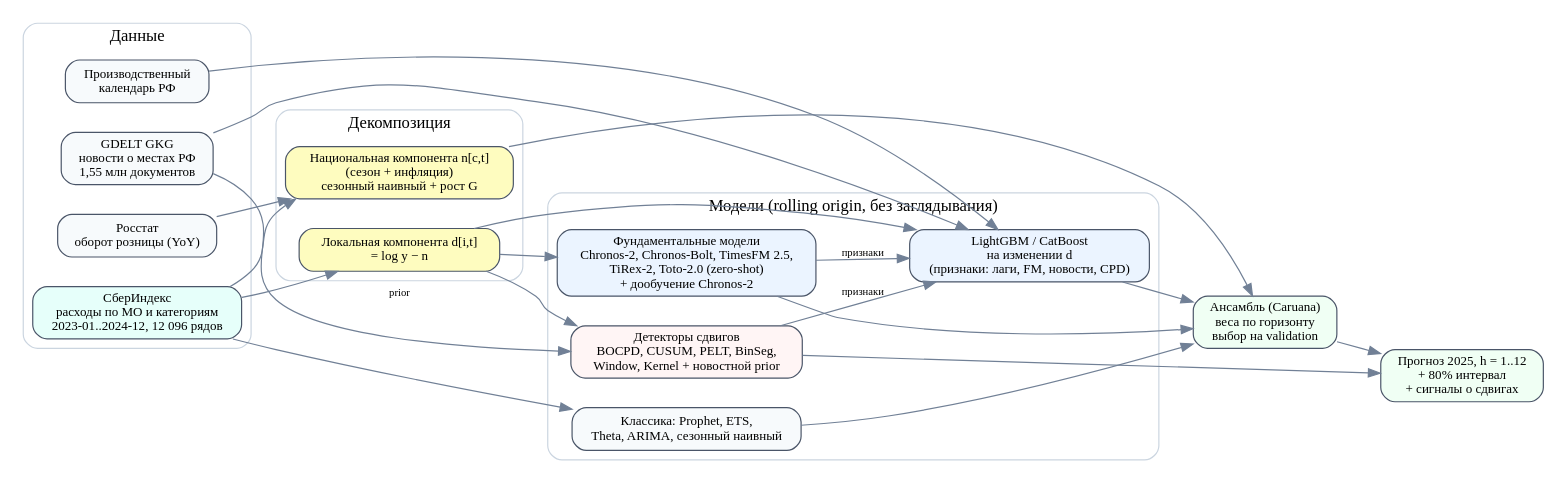
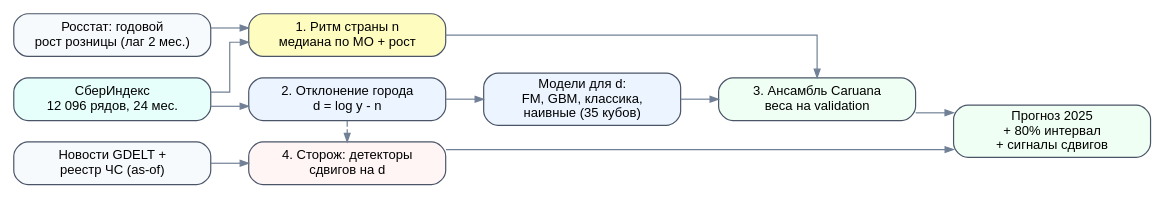
Before and after one commit to maloyan/sberindex-2026-forecasting: the diagram in report/architecture.dot, drawn with Graphviz. The commit also changed 5 other files, not shown here.

Commit message:
Report restructured by criteria; form in 7 blocks; README with honest significance and criteria map; new architecture figure

```diff
--- a/report/architecture.dot
+++ b/report/architecture.dot
@@ -1,29 +1,24 @@
+// Left to right, one column per stage, no crossing edges. Render: dot -Tpng -Gdpi=170 architecture.dot -o figures/fig_architecture.png
 digraph G {
-  rankdir=LR; splines=true; nodesep=0.35; ranksep=0.5;
-  node [shape=box, style="rounded,filled", fontname="PT Sans", fontsize=11, color="#4a5568", fillcolor="#f7fafc"];
-  edge [color="#718096", fontname="PT Sans", fontsize=9];
+  rankdir=LR; splines=ortho; nodesep=0.25; ranksep=0.45; newrank=true;
+  node [shape=box, style="rounded,filled", fontname="Arial", fontsize=11, color="#4a5568", fillcolor="#f7fafc", width=2.3];
+  edge [color="#718096", arrowsize=0.7];
 
-  subgraph cluster_data { label="Данные"; fontname="PT Sans"; style="rounded"; color="#cbd5e0";
-    sber [label="СберИндекс\nрасходы по МО и категориям\n2023-01..2024-12, 12 096 рядов", fillcolor="#e6fffa"];
-    ros  [label="Росстат\nоборот розницы (YoY)"];
-    cal  [label="Производственный\nкалендарь РФ"];
-    gdelt[label="GDELT GKG\nновости о местах РФ\n1,55 млн документов"];
-  }
-  subgraph cluster_dec { label="Декомпозиция"; fontname="PT Sans"; style="rounded"; color="#cbd5e0";
-    nat [label="Национальная компонента n[c,t]\n(сезон + инфляция)\nсезонный наивный + рост G", fillcolor="#fefcbf"];
-    loc [label="Локальная компонента d[i,t]\n= log y − n", fillcolor="#fefcbf"];
-  }
-  subgraph cluster_models { label="Модели (rolling origin, без заглядывания)"; fontname="PT Sans"; style="rounded"; color="#cbd5e0";
-    fm  [label="Фундаментальные модели\nChronos-2, Chronos-Bolt, TimesFM 2.5,\nTiRex-2, Toto-2.0 (zero-shot)\n+ дообучение Chronos-2", fillcolor="#ebf4ff"];
-    gbm [label="LightGBM / CatBoost\nна изменении d\n(признаки: лаги, FM, новости, CPD)", fillcolor="#ebf4ff"];
-    cl  [label="Классика: Prophet, ETS,\nTheta, ARIMA, сезонный наивный"];
-    cpd [label="Детекторы сдвигов\nBOCPD, CUSUM, PELT, BinSeg,\nWindow, Kernel + новостной prior", fillcolor="#fff5f5"];
-  }
-  ens [label="Ансамбль (Caruana)\nвеса по горизонту\nвыбор на validation", fillcolor="#f0fff4"];
-  out [label="Прогноз 2025, h = 1..12\n+ 80% интервал\n+ сигналы о сдвигах", fillcolor="#f0fff4"];
+  sber [label="СберИндекс\n12 096 рядов, 24 мес.", fillcolor="#e6fffa"];
+  ros  [label="Росстат: годовой\nрост розницы (лаг 2 мес.)"];
+  news [label="Новости GDELT +\nреестр ЧС (as-of)"];
 
-  sber -> nat; sber -> loc; ros -> nat; cal -> gbm; gdelt -> gbm; gdelt -> cpd [label="prior"];
-  loc -> fm; loc -> gbm; fm -> gbm [label="признаки"]; loc -> cpd; cpd -> gbm [label="признаки"];
-  nat -> ens; fm -> ens; gbm -> ens; cl -> ens; sber -> cl;
-  ens -> out; cpd -> out;
+  nat  [label="1. Ритм страны n\nмедиана по МО + рост", fillcolor="#fefcbf"];
+  loc  [label="2. Отклонение города\nd = log y - n", fillcolor="#ebf4ff"];
+  cpd  [label="4. Сторож: детекторы\nсдвигов на d", fillcolor="#fff5f5"];
+
+  mods [label="Модели для d:\nFM, GBM, классика,\nнаивные (35 кубов)", fillcolor="#ebf4ff"];
+  ens  [label="3. Ансамбль Caruana\nвеса на validation", fillcolor="#f0fff4"];
+  out  [label="Прогноз 2025\n+ 80% интервал\n+ сигналы сдвигов", fillcolor="#f0fff4"];
+
+  {rank=same; sber; ros; news}
+  {rank=same; nat; loc; cpd}
+  ros -> nat; sber -> nat; sber -> loc; news -> cpd;
+  loc -> mods; nat -> ens; mods -> ens; cpd -> out; ens -> out;
+  loc -> cpd [style=dashed];
 }
```
